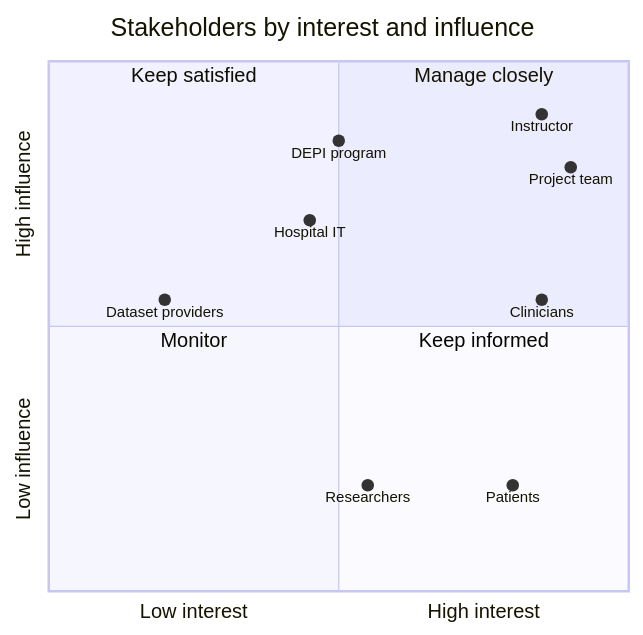
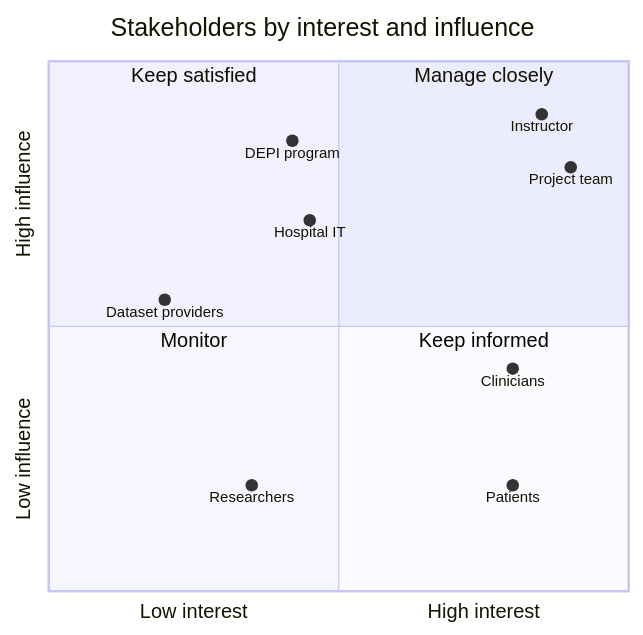
One commit to Es5am/NHA-5-187 changed the first of 3 diagrams in docs/PROJECT_DOCUMENTATION.md. Above: the diagram before and after it, drawn with Mermaid.

Commit message:
Project documentation: stakeholder chart positions match the text

````diff
--- a/docs/PROJECT_DOCUMENTATION.md
+++ b/docs/PROJECT_DOCUMENTATION.md
@@ -152,18 +152,18 @@
 ```mermaid
 quadrantChart
     title Stakeholders by interest and influence
     x-axis Low interest --> High interest
     y-axis Low influence --> High influence
     quadrant-1 Manage closely
     quadrant-2 Keep satisfied
     quadrant-3 Monitor
     quadrant-4 Keep informed
     Instructor: [0.85, 0.9]
     Project team: [0.9, 0.8]
-    DEPI program: [0.5, 0.85]
+    DEPI program: [0.42, 0.85]
     Hospital IT: [0.45, 0.7]
-    Clinicians: [0.85, 0.55]
+    Clinicians: [0.8, 0.42]
     Dataset providers: [0.2, 0.55]
     Patients: [0.8, 0.2]
-    Researchers: [0.55, 0.2]
+    Researchers: [0.35, 0.2]
 ```
````
